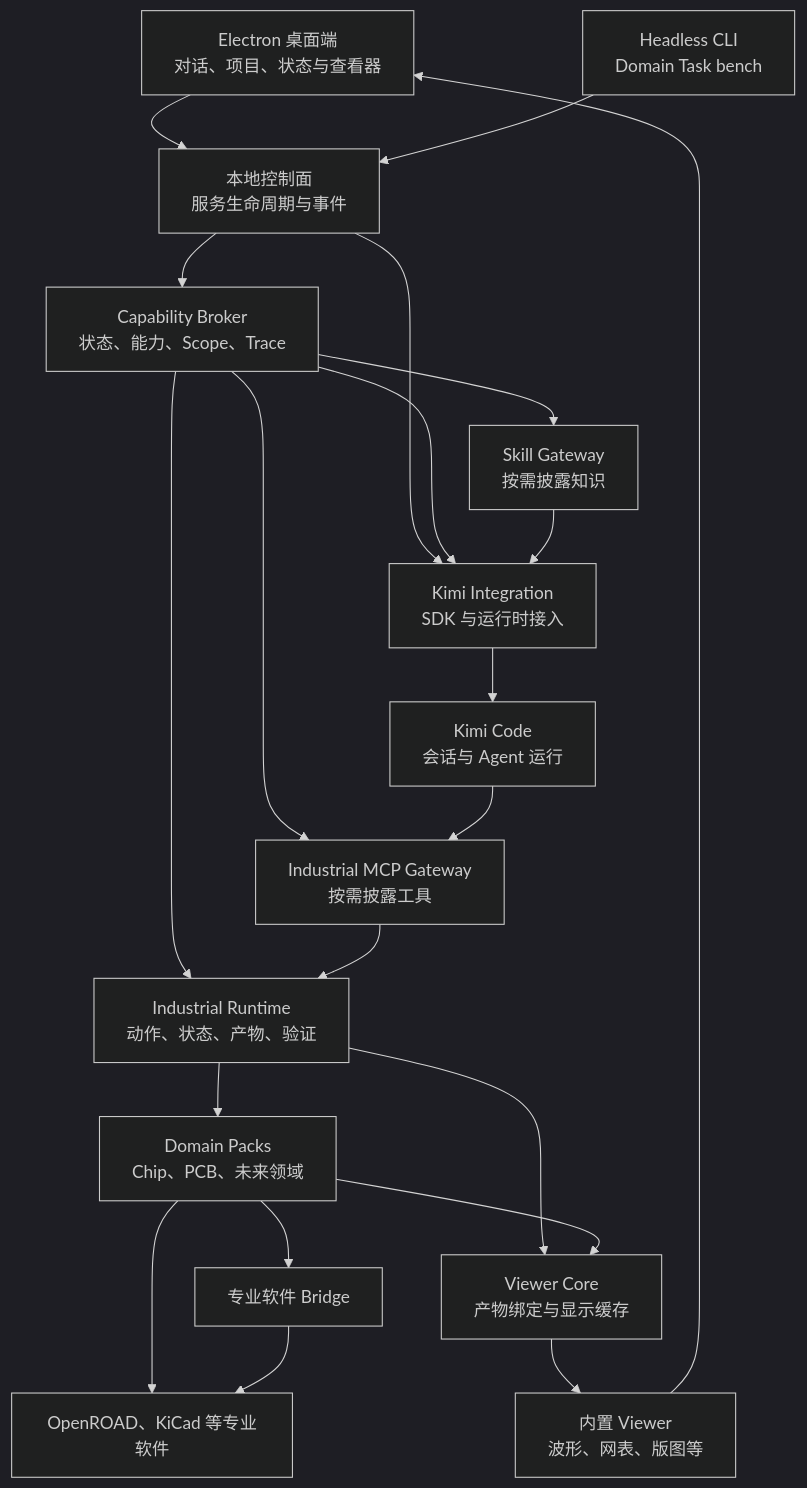
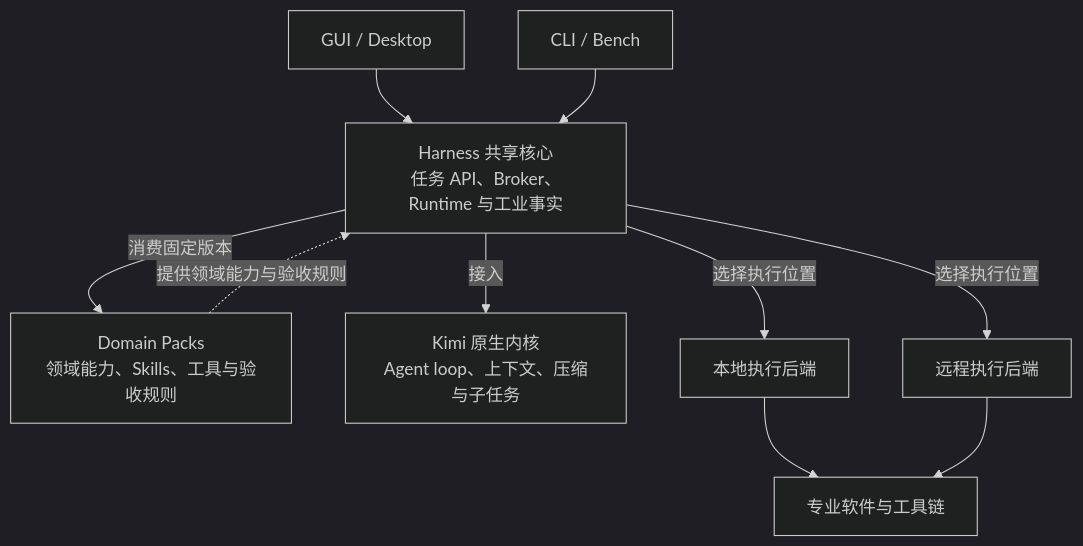
The diagram in doc/architecture.md (Leisure-ll/industrial-agent-harness), drawn with Mermaid (dark theme) before and after one commit. The commit also changed other lines of this file and 2 other files, not shown here.

Commit message:
docs: clarify Harness, Pack and application ownership

````diff
--- a/doc/architecture.md
+++ b/doc/architecture.md
@@ -7,23 +9,12 @@
 ```mermaid
 flowchart TD
-  UI[Electron 桌面端<br/>对话、项目、状态与查看器] --> Control[本地控制面<br/>服务生命周期与事件]
-  CLI[Headless CLI<br/>Domain Task bench] --> Control
-  Control --> Broker[Capability Broker<br/>状态、能力、Scope、Trace]
-  Control --> Kimi[Kimi Integration<br/>SDK 与运行时接入]
-  Broker --> Kimi
-  Kimi --> Kernel[Kimi Code<br/>会话与 Agent 运行]
-  Broker --> Skills[Skill Gateway<br/>按需披露知识]
-  Broker --> MCP[Industrial MCP Gateway<br/>按需披露工具]
-  Skills --> Kimi
-  Kernel --> MCP
-  Broker --> Core[Industrial Runtime<br/>动作、状态、产物、验证]
-  MCP --> Core
-  Core --> Packs[Domain Packs<br/>Chip、PCB、未来领域]
-  Packs --> Software[OpenROAD、KiCad 等专业软件]
-  Core --> ViewerCore[Viewer Core<br/>产物绑定与显示缓存]
-  Packs --> ViewerCore
-  ViewerCore --> Builtin[内置 Viewer<br/>波形、网表、版图等]
-  Builtin --> UI
-  Packs --> Bridge[专业软件 Bridge]
-  Bridge --> Software
+  GUI[GUI / Desktop] --> Harness[Harness 共享核心<br/>任务 API、Broker、Runtime 与工业事实]
+  CLI[CLI / Bench] --> Harness
+  Harness -->|消费固定版本| Packs[Domain Packs<br/>领域能力、Skills、工具与验收规则]
+  Packs -.->|提供领域能力与验收规则| Harness
+  Harness -->|接入| Kimi[Kimi 原生内核<br/>Agent loop、上下文、压缩与子任务]
+  Harness -->|选择执行位置| Local[本地执行后端]
+  Harness -->|选择执行位置| Remote[远程执行后端]
+  Local --> Software[专业软件与工具链]
+  Remote --> Software
 ```
````
